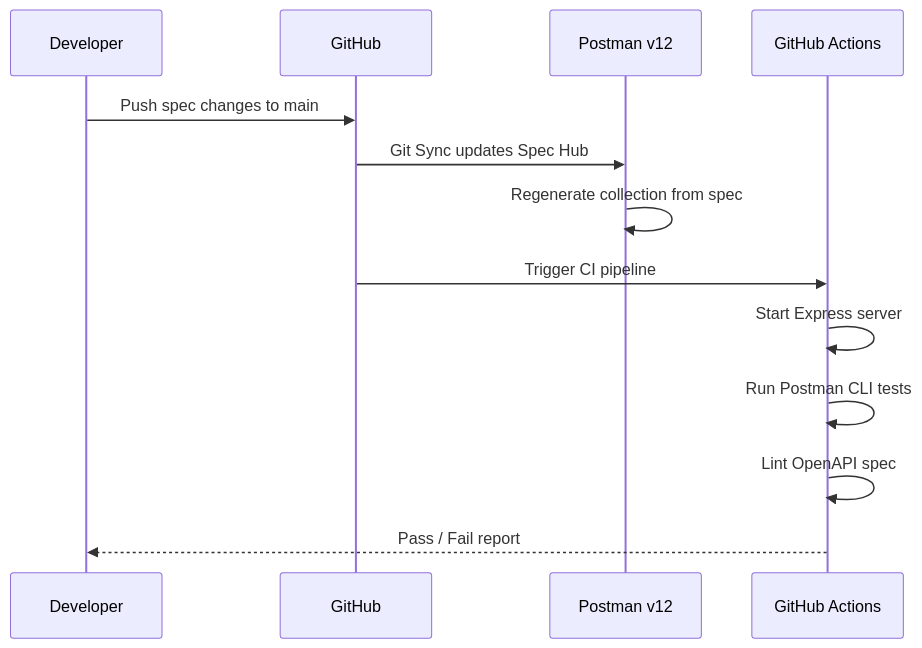
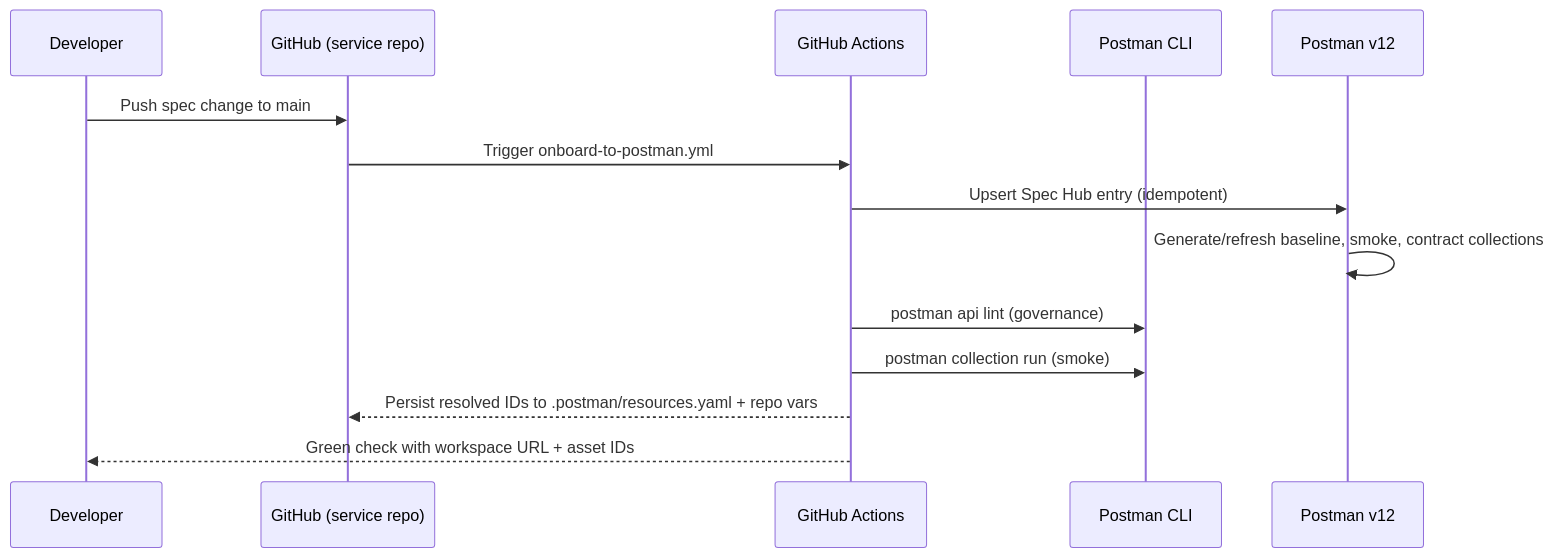
The second of 2 diagrams in README.md (shivemind/Cust-Grubhub-engagement-kit), drawn with Mermaid before and after one commit. The commit also changed other lines of this file, not shown here.

First line of the commit message:
docs: customer-handoff README with pipeline, idempotency, CLI governance, and provisioned IDs

````diff
--- a/README.md
+++ b/README.md
@@ -49,16 +55,17 @@
 ```mermaid
 sequenceDiagram
     participant Dev as Developer
-    participant GH as GitHub
+    participant GH as GitHub (service repo)
+    participant CI as GitHub Actions
+    participant CLI as Postman CLI
     participant PM as Postman v12
-    participant CI as GitHub Actions
 
-    Dev->>GH: Push spec changes to main
-    GH->>PM: Git Sync updates Spec Hub
-    PM->>PM: Regenerate collection from spec
-    GH->>CI: Trigger CI pipeline
-    CI->>CI: Start Express server
-    CI->>CI: Run Postman CLI tests
-    CI->>CI: Lint OpenAPI spec
-    CI-->>Dev: Pass / Fail report
+    Dev->>GH: Push spec change to main
+    GH->>CI: Trigger onboard-to-postman.yml
+    CI->>PM: Upsert Spec Hub entry (idempotent)
+    PM->>PM: Generate/refresh baseline, smoke, contract collections
+    CI->>CLI: postman api lint (governance)
+    CI->>CLI: postman collection run (smoke)
+    CI-->>GH: Persist resolved IDs to .postman/resources.yaml + repo vars
+    CI-->>Dev: Green check with workspace URL + asset IDs
 ```
````
